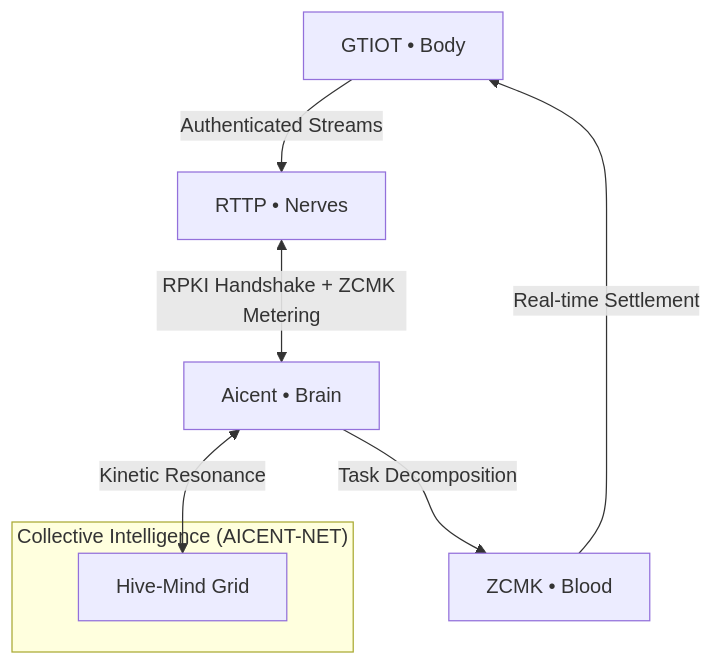
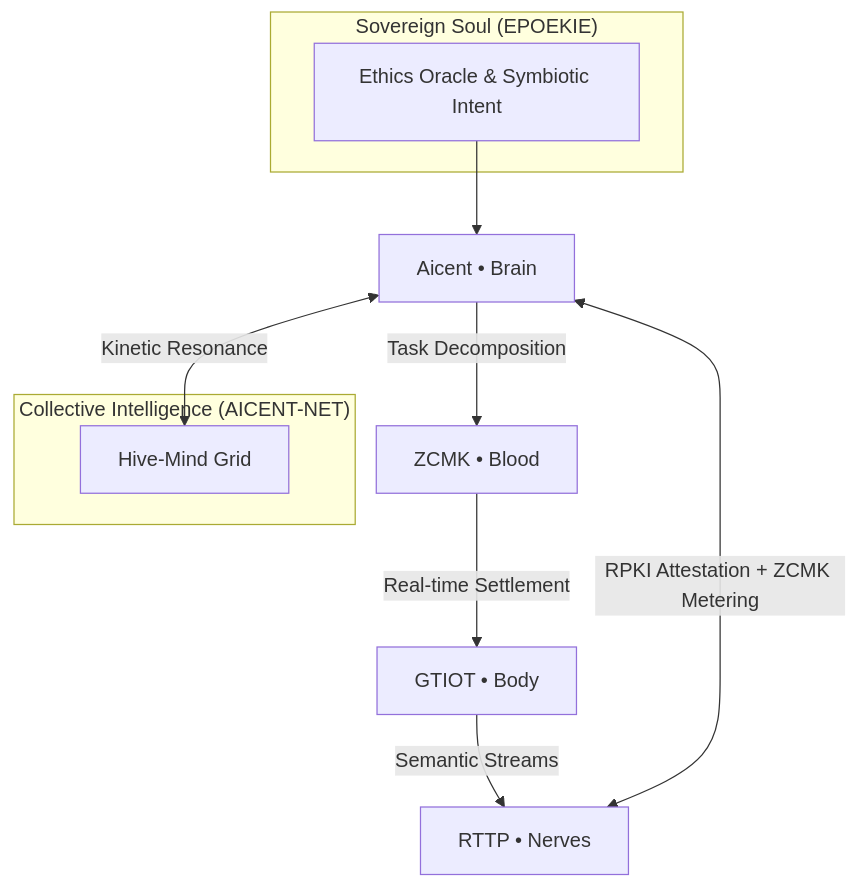
One commit to Aicent-Stack/aicent-stack changed the diagram in README.md. Above: the diagram before and after it, drawn with Mermaid. The commit also changed other lines of this file, not shown here.

````diff
--- a/README.md
+++ b/README.md
@@ -74,12 +57,17 @@
 ```mermaid
 graph TD
+    subgraph "Sovereign Soul (EPOEKIE)"
+        S[Ethics Oracle & Symbiotic Intent]
+    end
+
     subgraph "Collective Intelligence (AICENT-NET)"
         H[Hive-Mind Grid]
     end
 
-    G[GTIOT • Body] -->|Authenticated Streams| R[RTTP • Nerves]
-    R <-->|RPKI Handshake + ZCMK Metering| A[Aicent • Brain]
+    S --> A[Aicent • Brain]
+    G[GTIOT • Body] -->|Semantic Streams| R[RTTP • Nerves]
+    R <-->|RPKI Attestation + ZCMK Metering| A
     A <-->|Kinetic Resonance| H
     A -->|Task Decomposition| Z[ZCMK • Blood]
     Z -->|Real-time Settlement| G
 ```
````
